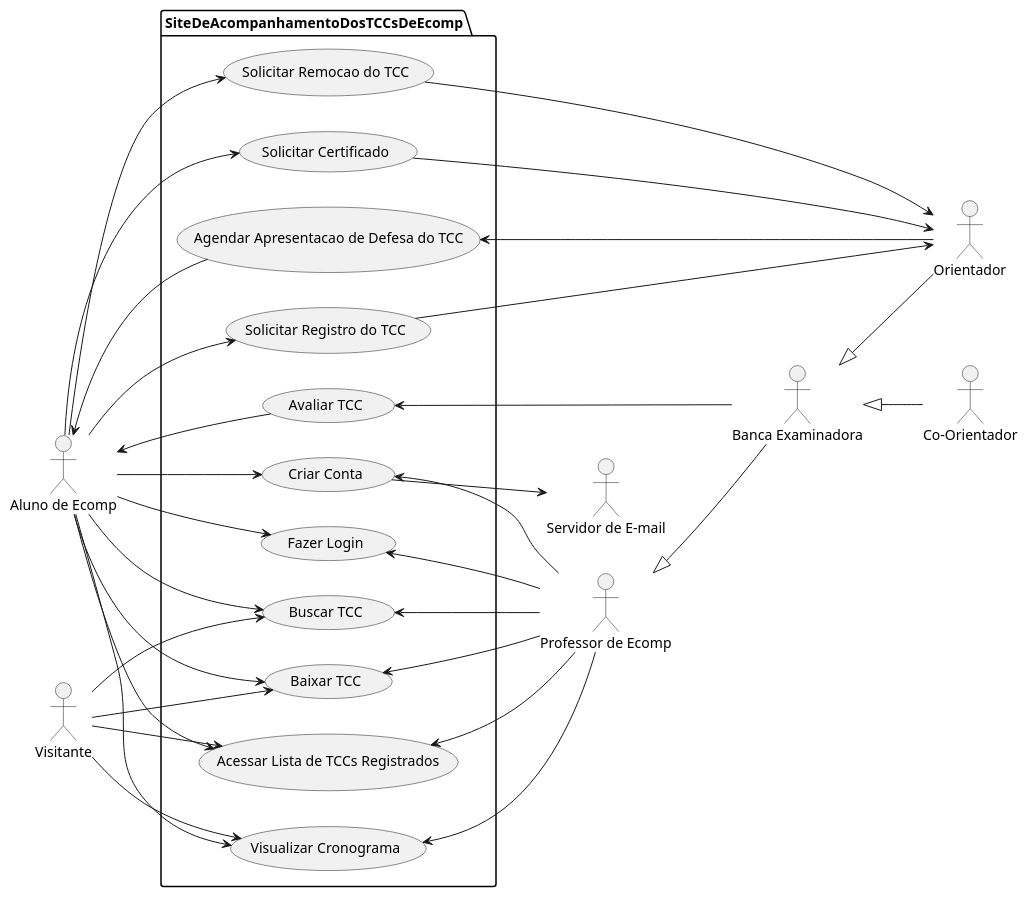
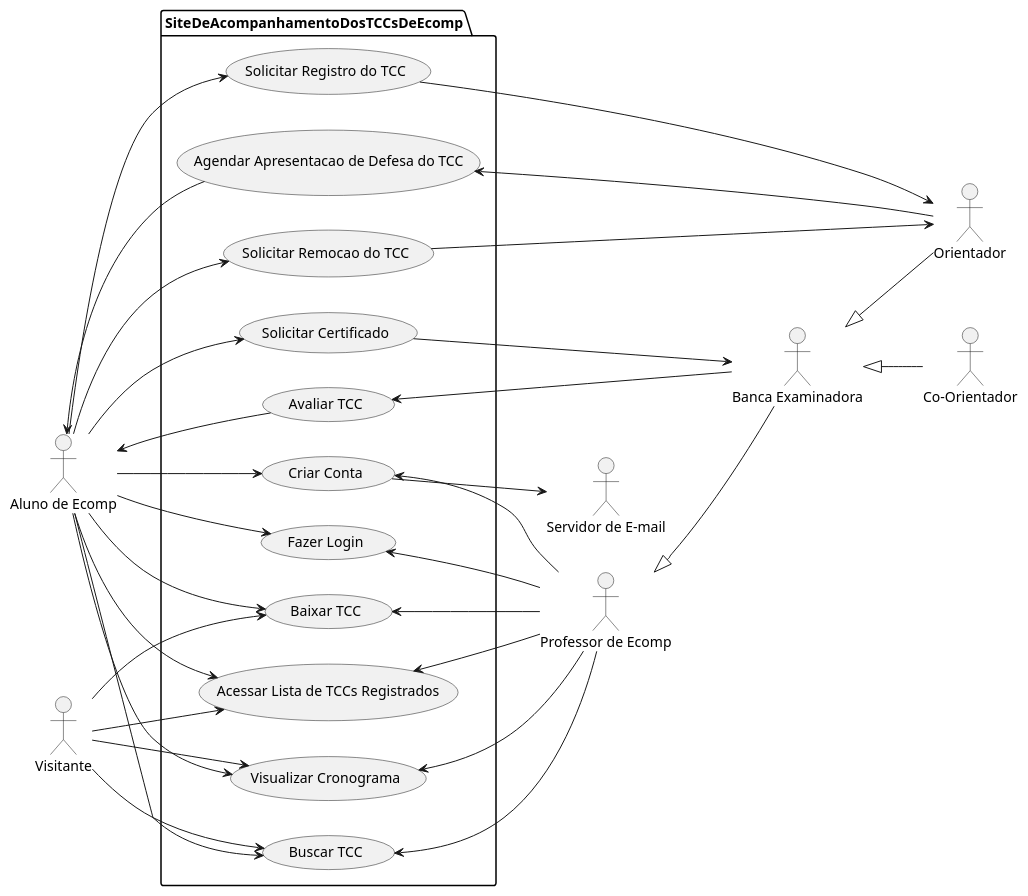
One commit to OsSociologos/SITCC changed the diagram in Casos de Uso/useCases.plantuml. Above: the diagram before and after it, drawn with PlantUML.

```diff
--- a/Casos de Uso/useCases.plantuml
+++ b/Casos de Uso/useCases.plantuml
@@ -1,62 +1,62 @@
 @startuml Diagrama de Casos de Uso
 
 left to right direction
 :Aluno de Ecomp:
 :Visitante: 
 :Servidor de E-mail:
 :Professor de Ecomp: 
 :Orientador:
 :Co-Orientador:
 :Banca Examinadora:
 
 
 package SiteDeAcompanhamentoDosTCCsDeEcomp{
     (Criar Conta) 
     (Fazer Login) 
     (Visualizar Cronograma)
     (Solicitar Registro do TCC)
     (Acessar Lista de TCCs Registrados)
     (Baixar TCC)
     (Avaliar TCC)
     (Solicitar Certificado)
     (Agendar Apresentacao de Defesa do TCC)
     (Buscar TCC)
     (Solicitar Remocao do TCC)
 }
 
 :Visitante: --> (Visualizar Cronograma)
 :Visitante: --> (Acessar Lista de TCCs Registrados)
 :Visitante: --> (Baixar TCC)
 :Visitante: --> (Buscar TCC)
 
 :Professor de Ecomp: -up-> (Criar Conta)
 :Professor de Ecomp: -up-> (Fazer Login)
 :Professor de Ecomp: -up-> (Visualizar Cronograma)
 :Professor de Ecomp: -up-> (Acessar Lista de TCCs Registrados)
 :Professor de Ecomp: -up-> (Baixar TCC)
 :Professor de Ecomp: --> (Buscar TCC)
 
 :Aluno de Ecomp: --> (Criar Conta)
 :Aluno de Ecomp: --> (Fazer Login)
 :Aluno de Ecomp: --> (Solicitar Certificado)
 :Aluno de Ecomp: --> (Visualizar Cronograma)
 :Aluno de Ecomp: --> (Baixar TCC)
 :Aluno de Ecomp: --> (Acessar Lista de TCCs Registrados)
 :Aluno de Ecomp: --> (Solicitar Registro do TCC)
 :Aluno de Ecomp: --> (Buscar TCC)
 :Aluno de Ecomp: --> (Solicitar Remocao do TCC)
 
 :Orientador: -up-|> :Banca Examinadora:
 :Co-Orientador: -up-|> :Banca Examinadora:
 :Banca Examinadora: -up-|> :Professor de Ecomp:
 :Banca Examinadora: --> (Avaliar TCC)
 :Orientador: --> (Agendar Apresentacao de Defesa do TCC)
 
 (Agendar Apresentacao de Defesa do TCC) --> :Aluno de Ecomp:
 (Criar Conta) --> :Servidor de E-mail:
 (Solicitar Registro do TCC) --> :Orientador:
-(Solicitar Certificado) --> :Orientador:
+(Solicitar Certificado) --> :Banca Examinadora:
 (Solicitar Remocao do TCC) --> :Orientador:
 (Avaliar TCC) --> :Aluno de Ecomp:
 
 @enduml
```
